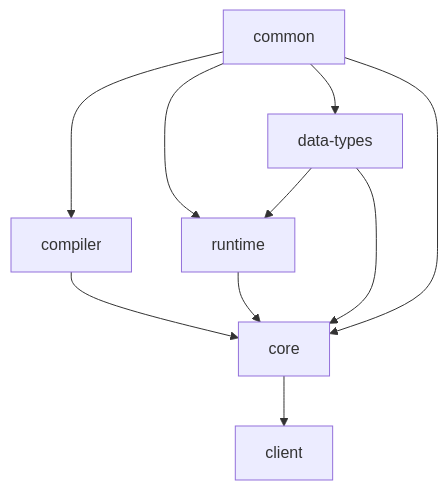
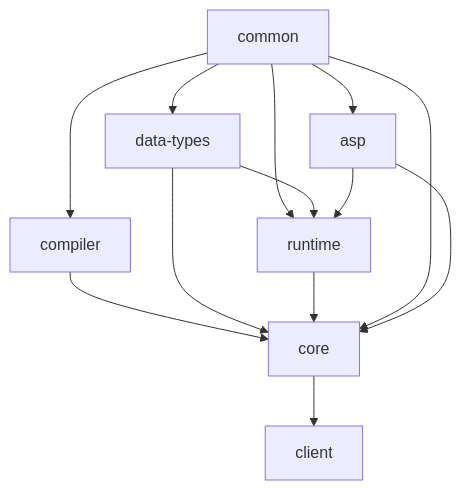
The diagram in README.md (nebulastream/nebulastream), drawn with Mermaid before and after one commit. The commit also changed 23 other files, not shown here.

````diff
--- a/README.md
+++ b/README.md
@@ -37,12 +37,15 @@
 ```mermaid
 graph TD;
   common-->compiler;
   common-->runtime;
   common-->data-types;
   compiler-->core;
   data-types-->runtime;
   data-types-->core;
   runtime-->core;
   common-->core;
   core-->client;
+  asp-->core;
+  asp-->runtime;
+  common-->asp;
 ```
````
